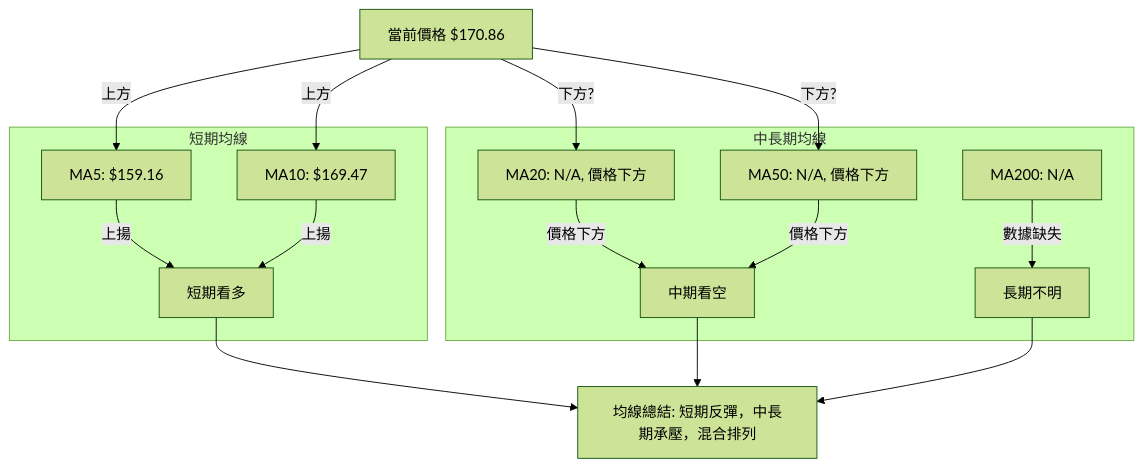
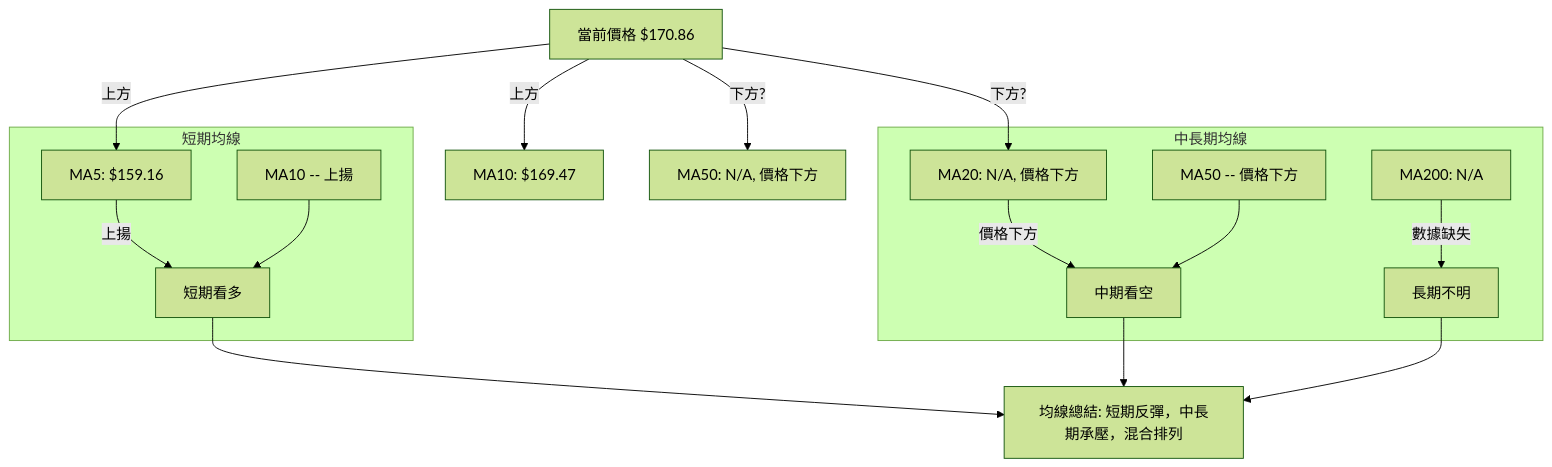
The sixth of 9 diagrams in ai_gen_report/stock/spcx/technical_analysis_2026-07-01_gemini.md (yennanliu/finance_data), drawn with Mermaid (forest theme) before and after one commit. The commit also changed other lines of this file and 2258 other files, not shown here.

First line of the commit message:
chore: backfill Mermaid syntax repair across existing reports

````diff
--- a/ai_gen_report/stock/spcx/technical_analysis_2026-07-01_gemini.md
+++ b/ai_gen_report/stock/spcx/technical_analysis_2026-07-01_gemini.md
@@ -374,29 +374,29 @@
 ```mermaid
 graph TD
-    P[當前價格 $170.86]
-    MA5[MA5: $159.16]
-    MA10[MA10: $169.47]
-    MA20[MA20: N/A, 價格下方]
-    MA50[MA50: N/A, 價格下方]
-    MA200[MA200: N/A]
+    P["當前價格 $170.86"]
+    MA5["MA5: $159.16"]
+    MA10["MA10: $169.47"]
+    MA20["MA20: N/A, 價格下方"]
+    MA50["MA50: N/A, 價格下方"]
+    MA200["MA200: N/A"]
 
-    P -->|上方| MA5
-    P -->|上方| MA10
-    P -->|下方?| MA20
-    P -->|下方?| MA50
+    P -->|"上方"| MA5
+    P -->|"上方"| MA10
+    P -->|"下方?"| MA20
+    P -->|"下方?"| MA50
 
     subgraph 短期均線
-        MA5 -- 上揚 --> P_Short_Bull[短期看多]
-        MA10 -- 上揚 --> P_Short_Bull
+        MA5 -- 上揚 --> P_Short_Bull["短期看多"]
+        nb1["MA10 -- 上揚"] --> P_Short_Bull
     end
 
     subgraph 中長期均線
-        MA20 -- 價格下方 --> P_Mid_Bear[中期看空]
-        MA50 -- 價格下方 --> P_Mid_Bear
-        MA200 -- 數據缺失 --> P_Long_Neutral[長期不明]
+        MA20 -- 價格下方 --> P_Mid_Bear["中期看空"]
+        nb2["MA50 -- 價格下方"] --> P_Mid_Bear
+        MA200 -- 數據缺失 --> P_Long_Neutral["長期不明"]
     end
 
-    P_Short_Bull --> Overall_MA[均線總結: 短期反彈，中長期承壓，混合排列]
+    P_Short_Bull --> Overall_MA["均線總結: 短期反彈，中長期承壓，混合排列"]
     P_Mid_Bear --> Overall_MA
     P_Long_Neutral --> Overall_MA
 ```
````
